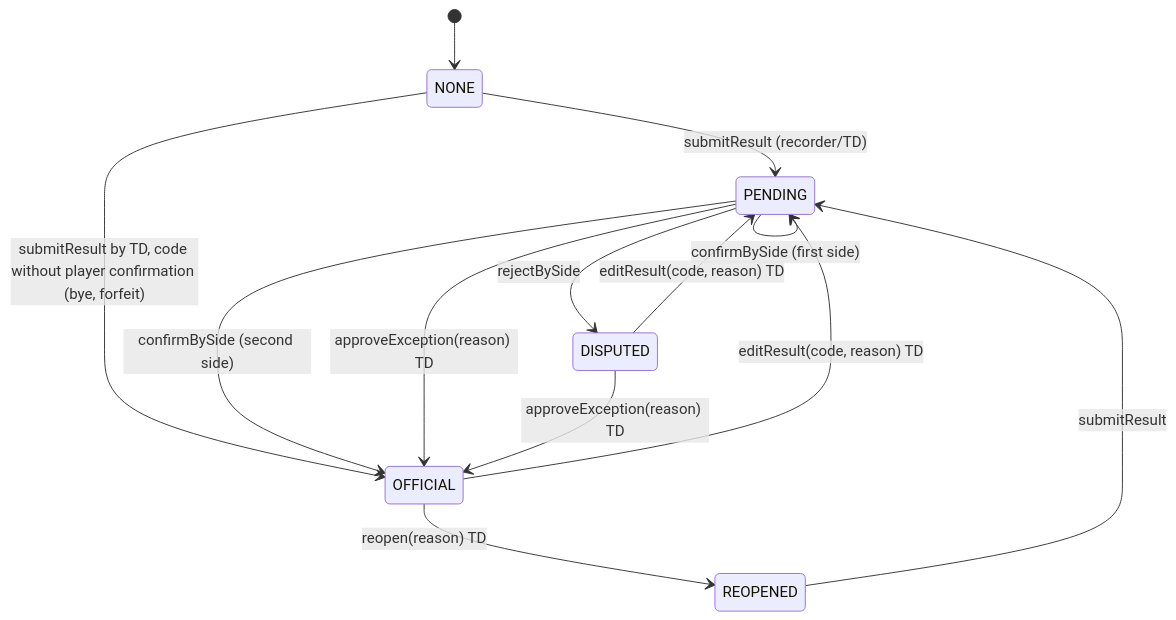
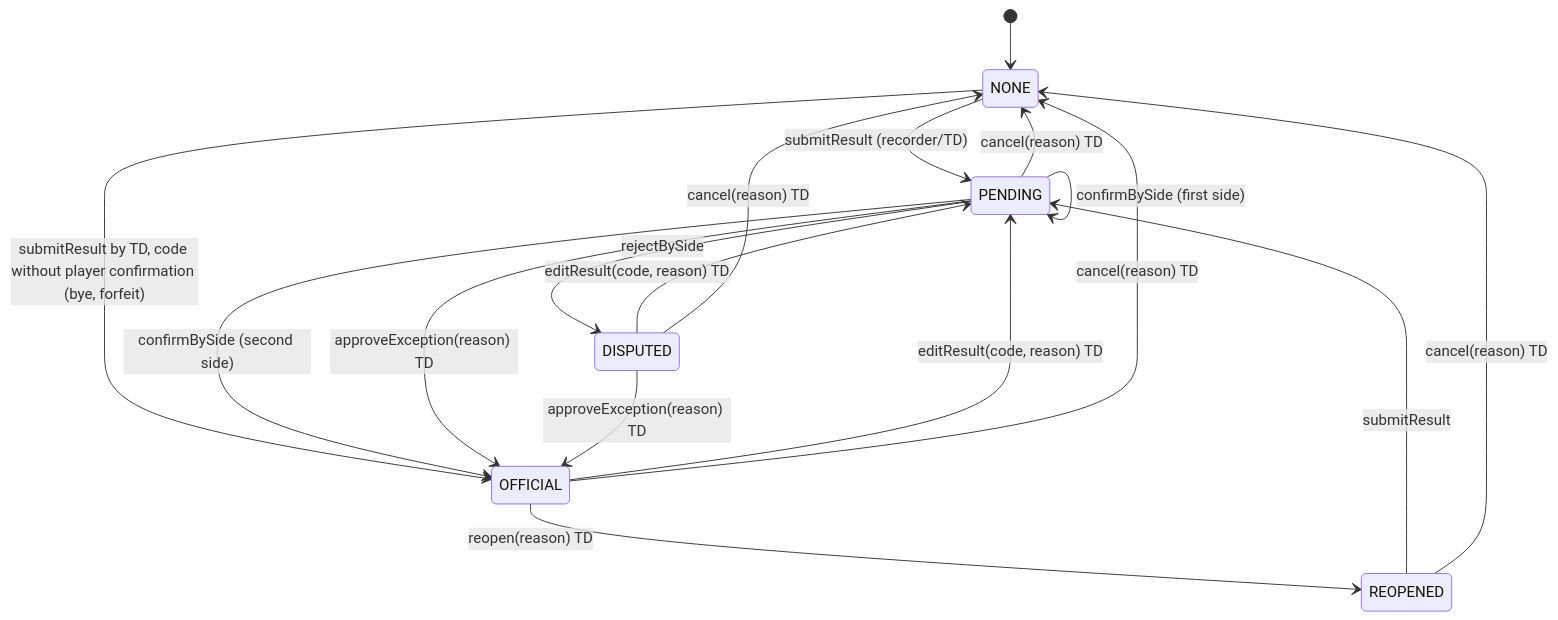
One commit to HarryLearnCoding-86/USCC---website changed the second of 2 diagrams in README.md. Above: the diagram before and after it, drawn with Mermaid. The commit also changed other lines of this file and 1 other file, not shown here.

Commit message:
docs: adopt SRS cancel and edit rules for the result state machine
Product-owner decision: add cancel(reason) -> NONE, disallow edit from
NONE, and require TD reasons of at least 5 characters (SRS-SM-05..08).
AGENT_PROMPT §3.3 and the README lifecycle diagram now match the SRS.

````diff
--- a/README.md
+++ b/README.md
@@ -81,15 +81,19 @@
 ```mermaid
 stateDiagram-v2
   [*] --> NONE
   NONE --> PENDING: submitResult (recorder/TD)
   REOPENED --> PENDING: submitResult
   NONE --> OFFICIAL: submitResult by TD, code without player confirmation (bye, forfeit)
   PENDING --> PENDING: confirmBySide (first side)
   PENDING --> OFFICIAL: confirmBySide (second side)
   PENDING --> DISPUTED: rejectBySide
   PENDING --> OFFICIAL: approveException(reason) TD
   DISPUTED --> OFFICIAL: approveException(reason) TD
   OFFICIAL --> REOPENED: reopen(reason) TD
   OFFICIAL --> PENDING: editResult(code, reason) TD
   DISPUTED --> PENDING: editResult(code, reason) TD
+  PENDING --> NONE: cancel(reason) TD
+  DISPUTED --> NONE: cancel(reason) TD
+  OFFICIAL --> NONE: cancel(reason) TD
+  REOPENED --> NONE: cancel(reason) TD
 ```
````
